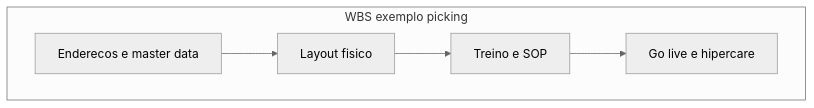
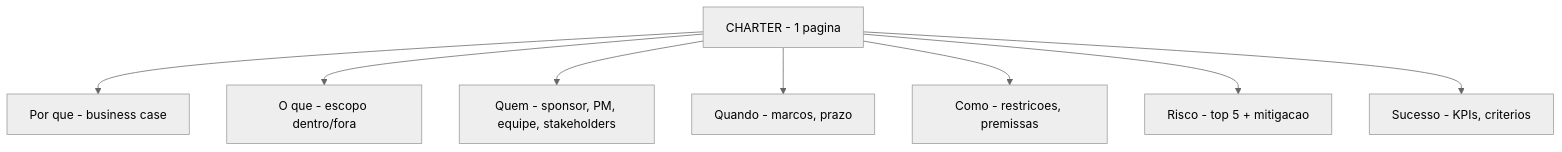
Before and after one commit to cleberhensel/logisticon-academy: the second of 5 diagrams in aulas/trilha-melhoria-continua-e-processos/modulo-04-gestao-de-projetos-logisticos/aula-01-charter-raci-wbs.md, drawn with Mermaid (neutral theme). The commit also changed other lines of this file and 122 other files, not shown here.

````diff
--- a/aulas/trilha-melhoria-continua-e-processos/modulo-04-gestao-de-projetos-logisticos/aula-01-charter-raci-wbs.md
+++ b/aulas/trilha-melhoria-continua-e-processos/modulo-04-gestao-de-projetos-logisticos/aula-01-charter-raci-wbs.md
@@ -58,10 +127,18 @@
 ```mermaid
 flowchart TB
-  subgraph pacotes["WBS exemplo picking"]
-    P1[Enderecos e master data]
-    P2[Layout fisico]
-    P3[Treino e SOP]
-    P4[Go live e hipercare]
-  end
-  P1 --> P2 --> P3 --> P4
+  Topo[CHARTER - 1 pagina]
+  P1[Por que - business case]
+  P2[O que - escopo dentro/fora]
+  P3[Quem - sponsor, PM, equipe, stakeholders]
+  P4[Quando - marcos, prazo]
+  P5[Como - restricoes, premissas]
+  P6[Risco - top 5 + mitigacao]
+  P7[Sucesso - KPIs, criterios]
+  Topo --> P1
+  Topo --> P2
+  Topo --> P3
+  Topo --> P4
+  Topo --> P5
+  Topo --> P6
+  Topo --> P7
 ```
````
